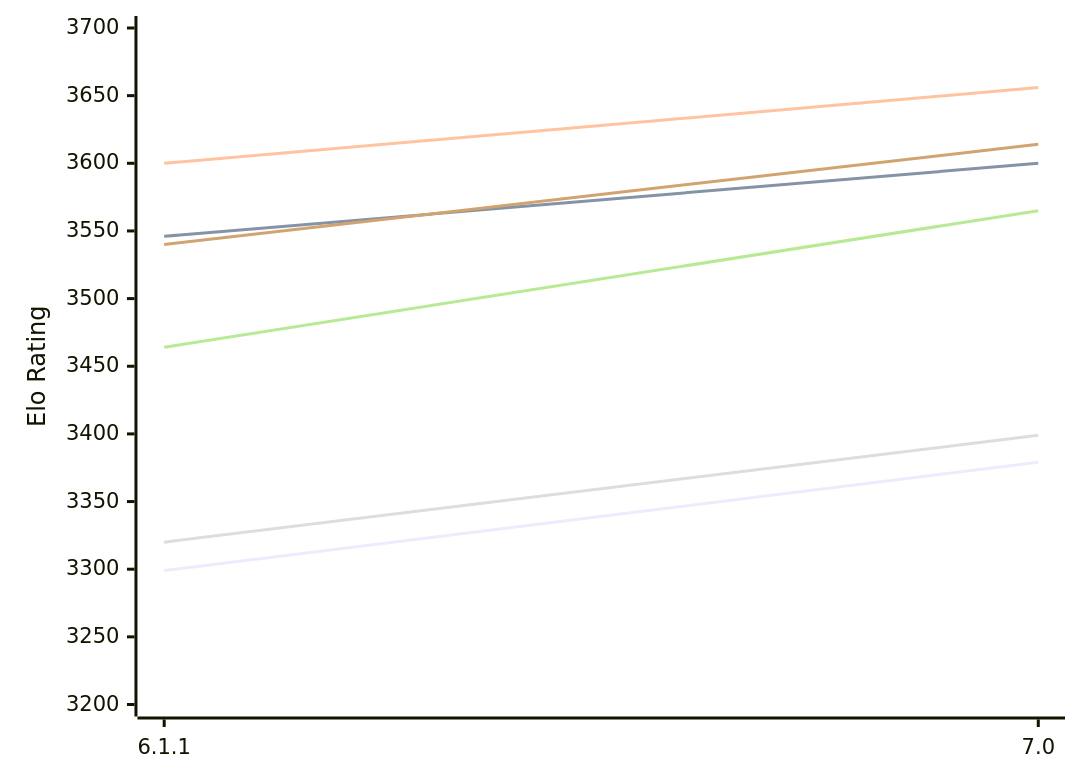
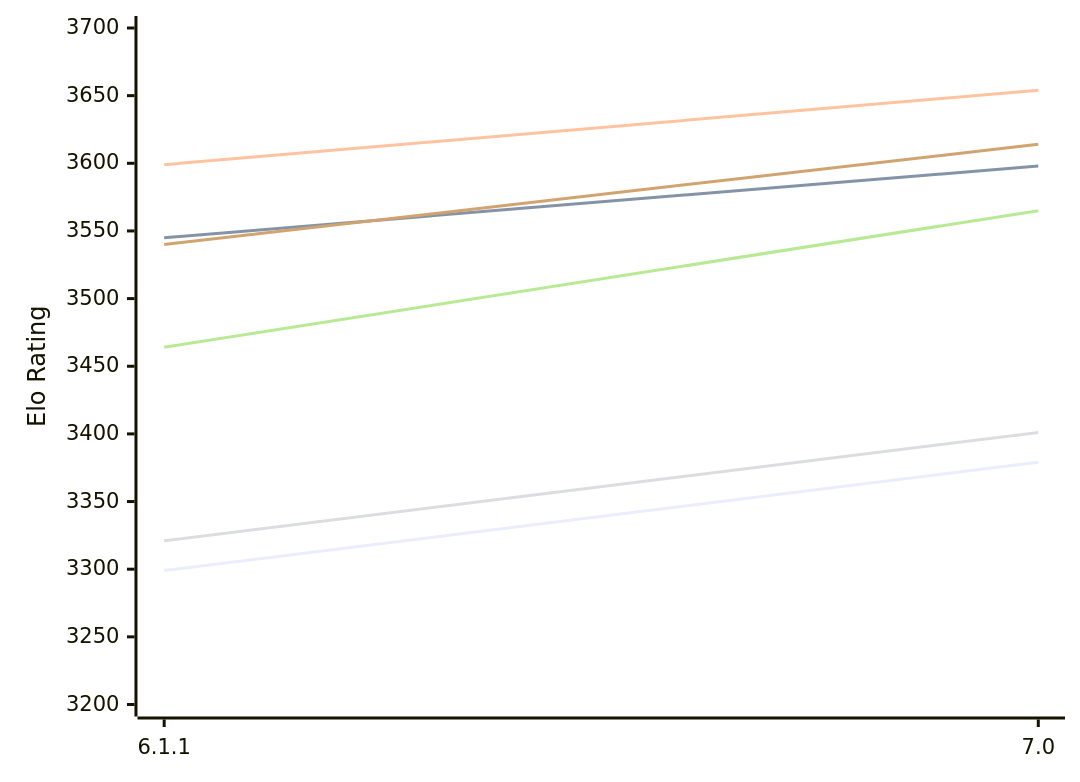
The first of 2 diagrams in engines/Astra.md (computer-chess-index/cci), drawn with Mermaid before and after one commit. The commit also changed other lines of this file, not shown here.

Commit message:
Update CCI Ratings (ELO VLTC) - 2026-11-27

````diff
--- a/engines/Astra.md
+++ b/engines/Astra.md
@@ -50,12 +50,12 @@
 ```mermaid
 %%{init: {"theme":"base","themeVariables":{"seriesColors:['#a3a3a3','#222221','#faa371']}}}%%
 xychart-beta
   x-axis ["6.1.1", "7.0"]
   y-axis "Elo Rating" 3200 --> 3700
   line "E1: STC (8.0+0.08s)" [3299, 3379]
-  line "E1: LTC (60.0+0.60s)" [3546, 3600]
-  line "E1: VLTC (2m24s+1.12s)" [3600, 3656]
-  line "P1: STC (8.0+0.08s)" [3320, 3399]
+  line "E1: LTC (60.0+0.60s)" [3545, 3598]
+  line "E1: VLTC (2m24s+1.12s)" [3599, 3654]
+  line "P1: STC (8.0+0.08s)" [3321, 3401]
   line "P1: LTC (60.0+0.60s)" [3464, 3565]
   line "P1: VLTC (2m24s+1.12s)" [3540, 3614]
 ```
````
